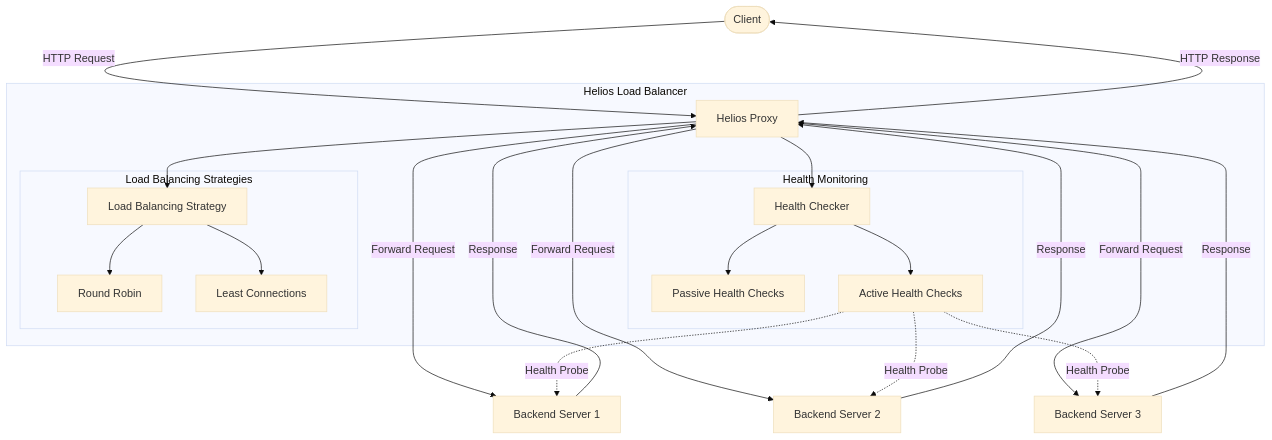
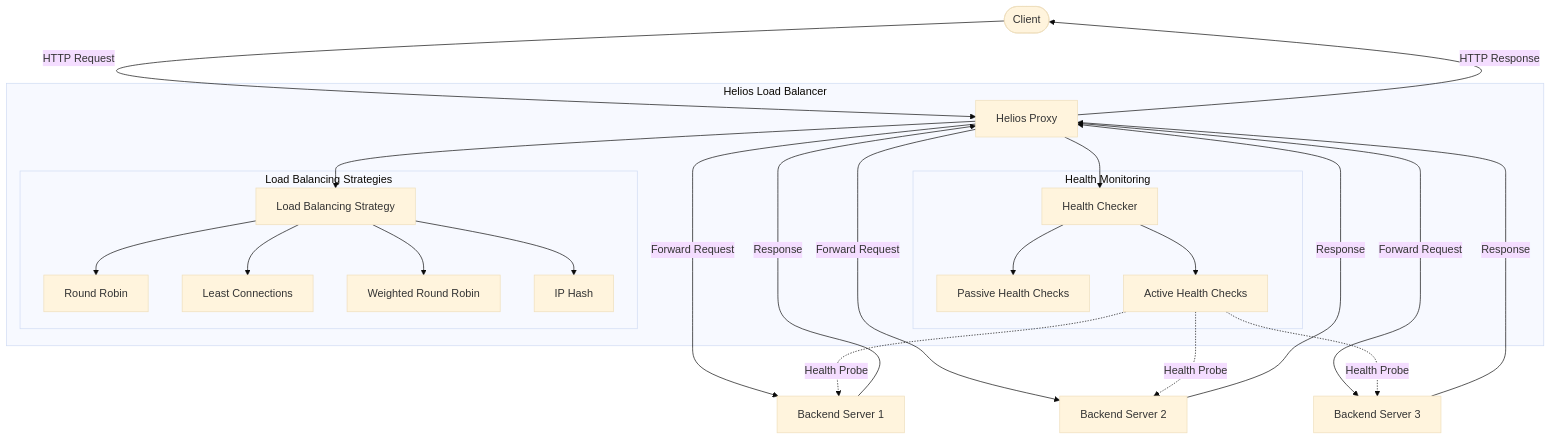
The diagram in README.md (0xReLogic/Helios), drawn with Mermaid (base theme) before and after one commit.

````diff
--- a/README.md
+++ b/README.md
@@ -36,33 +36,35 @@
 ```mermaid
 graph TD
     Client([Client]) -->|HTTP Request| Helios
     
     subgraph "Helios Load Balancer"
         Helios[Helios Proxy] --> LoadBalancer[Load Balancing Strategy]
         Helios --> HealthChecker[Health Checker]
         
         subgraph "Health Monitoring"
             HealthChecker --> PassiveChecks[Passive Health Checks]
             HealthChecker --> ActiveChecks[Active Health Checks]
         end
         
         subgraph "Load Balancing Strategies"
             LoadBalancer --> RoundRobin[Round Robin]
             LoadBalancer --> LeastConn[Least Connections]
+            LoadBalancer --> WeightedRR[Weighted Round Robin]
+            LoadBalancer --> IPHash[IP Hash]
         end
     end
     
     Helios -->|Forward Request| Backend1[Backend Server 1]
     Helios -->|Forward Request| Backend2[Backend Server 2]
     Helios -->|Forward Request| Backend3[Backend Server 3]
     
     ActiveChecks -.->|Health Probe| Backend1
     ActiveChecks -.->|Health Probe| Backend2
     ActiveChecks -.->|Health Probe| Backend3
     
     Backend1 -->|Response| Helios
     Backend2 -->|Response| Helios
     Backend3 -->|Response| Helios
     
     Helios -->|HTTP Response| Client
 ```
````
